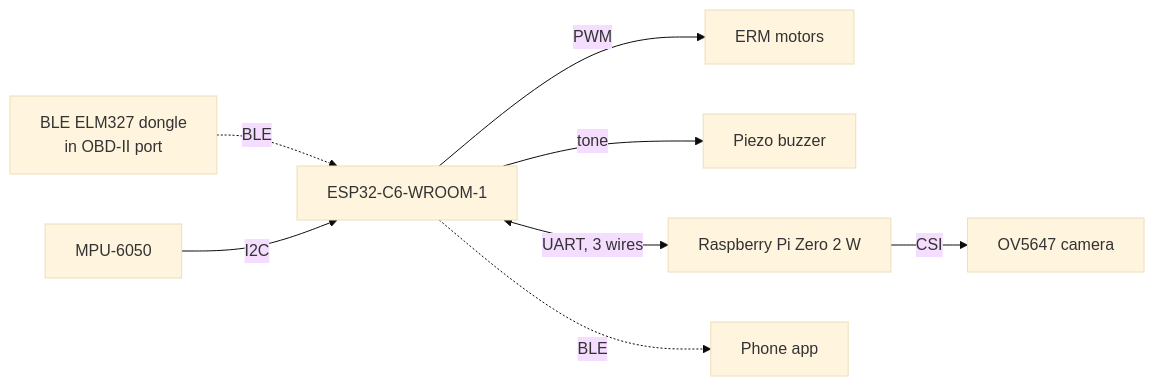
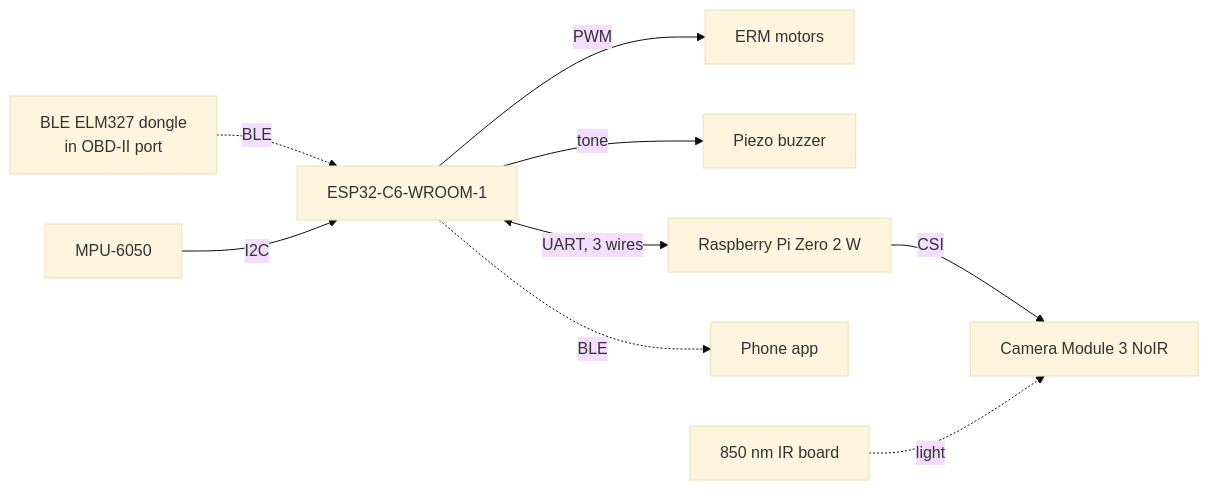
Before and after one commit to KendracNguyen/DRIFTS: the diagram in Hardware/README.md, drawn with Mermaid (base theme). The commit also changed other lines of this file and 11 other files, not shown here.

First line of the commit message:
Camera Module 3 NoIR: focus setting, camera_check with an LCD aim view, IR notes

````diff
--- a/Hardware/README.md
+++ b/Hardware/README.md
@@ -13,10 +13,11 @@
 ```mermaid
 flowchart LR
   DONGLE[BLE ELM327 dongle<br/>in OBD-II port] -.BLE.-> C6[ESP32-C6-WROOM-1]
   IMU[MPU-6050] --I2C--> C6
   C6 --PWM--> MOTOR[ERM motors]
   C6 --tone--> BUZZ[Piezo buzzer]
   C6 <--UART, 3 wires--> PI[Raspberry Pi Zero 2 W]
   C6 -.BLE.-> PHONE[Phone app]
-  PI --CSI--> CAM[OV5647 camera]
+  PI --CSI--> CAM[Camera Module 3 NoIR]
+  IR[850 nm IR board] -.light.-> CAM
 ```
````
